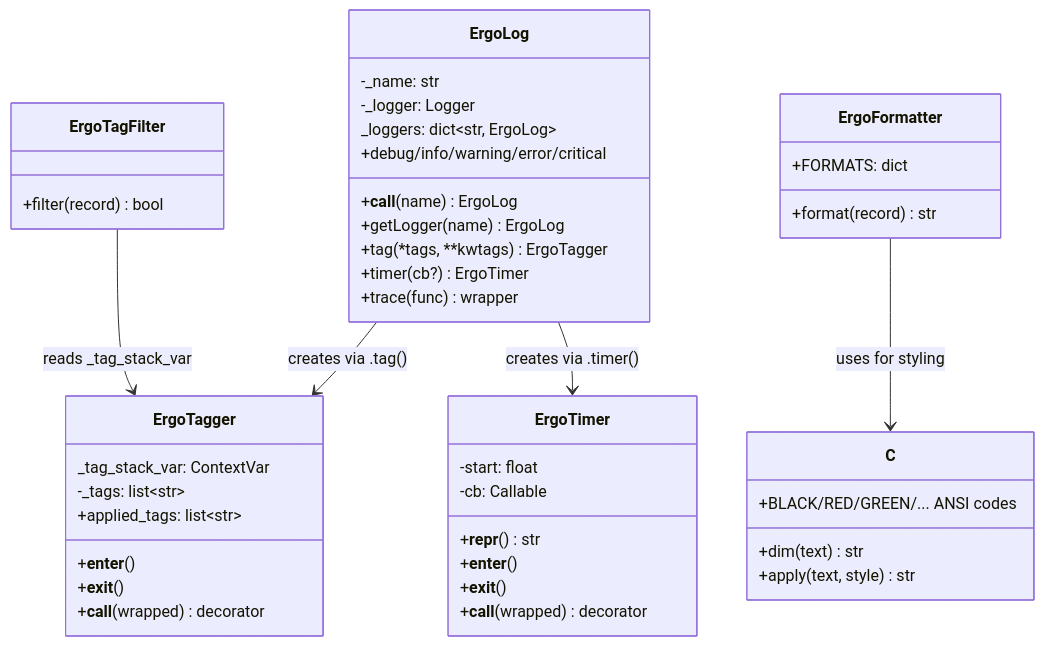
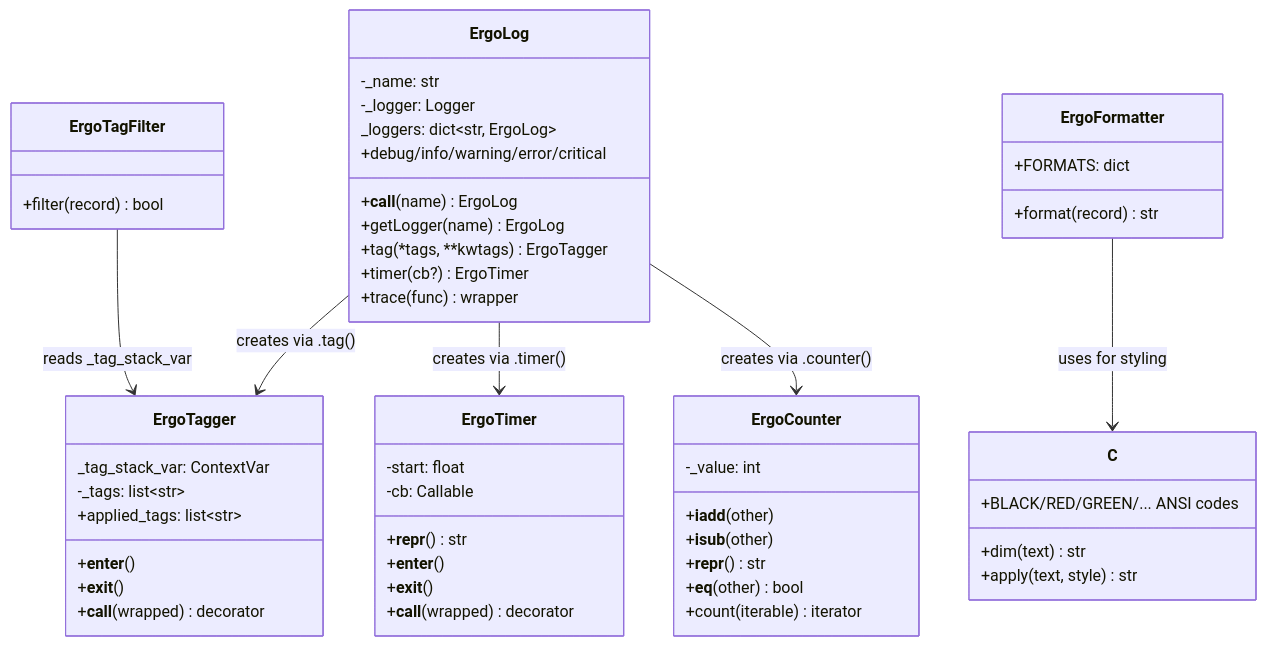
The diagram in lode/core/summary.md (DaelonSuzuka/ergolog), drawn with Mermaid before and after one commit. The commit also changed other lines of this file and 5 other files, not shown here.

Commit message:
Add ErgoCounter for mutable counter/accumulator tag values

````diff
--- a/lode/core/summary.md
+++ b/lode/core/summary.md
@@ -7,46 +7,55 @@
 ```mermaid
 classDiagram
     class ErgoLog {
         -_name: str
         -_logger: Logger
         _loggers: dict~str, ErgoLog~
         +debug/info/warning/error/critical
         +__call__(name) ErgoLog
         +getLogger(name) ErgoLog
         +tag(*tags, **kwtags) ErgoTagger
         +timer(cb?) ErgoTimer
         +trace(func) wrapper
     }
     class ErgoTagger {
         _tag_stack_var: ContextVar
         -_tags: list~str~
         +applied_tags: list~str~
         +__enter__()
         +__exit__()
         +__call__(wrapped) decorator
+    }
+    class ErgoCounter {
+        -_value: int
+        +__iadd__(other)
+        +__isub__(other)
+        +__repr__() str
+        +__eq__(other) bool
+        +count(iterable) iterator
     }
     class ErgoTagFilter {
         +filter(record) bool
     }
     class ErgoTimer {
         -start: float
         -cb: Callable
         +__repr__() str
         +__enter__()
         +__exit__()
         +__call__(wrapped) decorator
     }
     class ErgoFormatter {
         +FORMATS: dict
         +format(record) str
     }
     class C {
         +BLACK/RED/GREEN/... ANSI codes
         +dim(text) str
         +apply(text, style) str
     }
     ErgoLog --> ErgoTagger : creates via .tag()
     ErgoLog --> ErgoTimer : creates via .timer()
+    ErgoLog --> ErgoCounter : creates via .counter()
     ErgoTagFilter --> ErgoTagger : reads _tag_stack_var
     ErgoFormatter --> C : uses for styling
 ```
````
